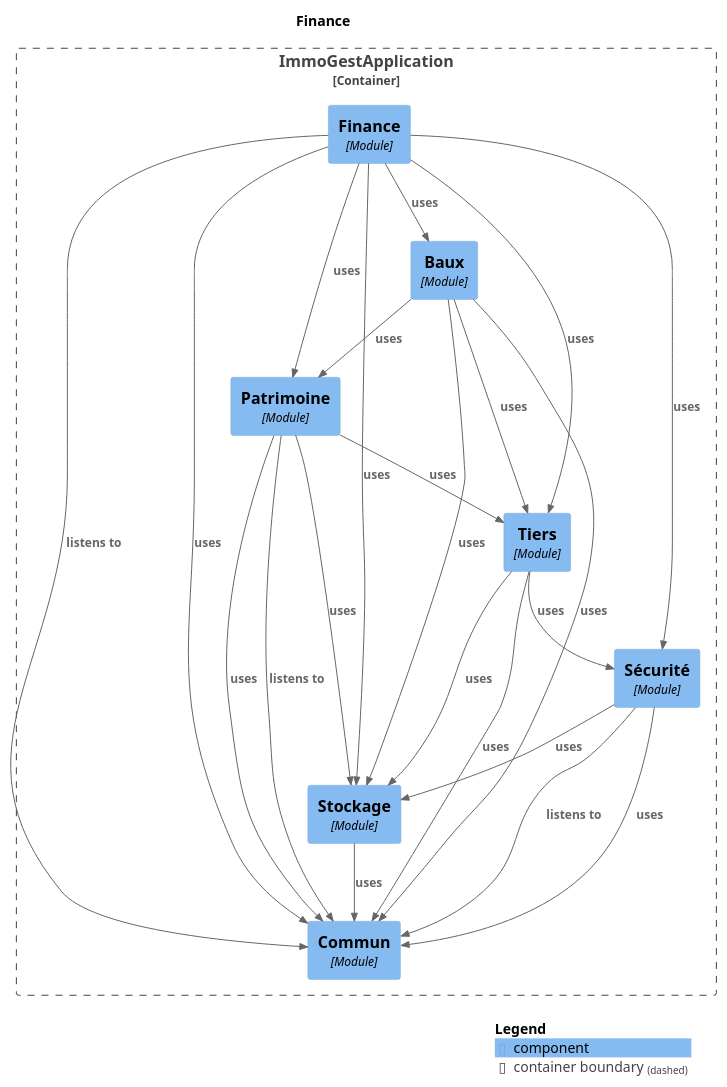
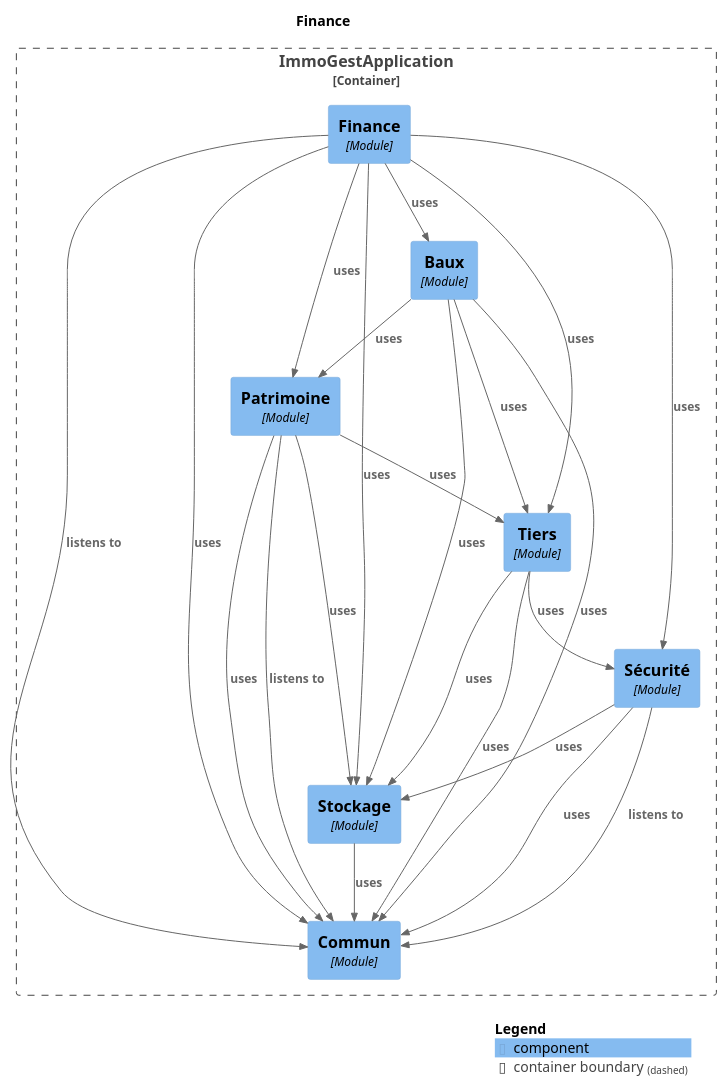
Before and after one commit to fixedevelloper/csimmo: the diagram in docs/modules/module-finance.puml, drawn with PlantUML. The commit also changed other lines of this file and 34 other files, not shown here.

```diff
--- a/docs/modules/module-finance.puml
+++ b/docs/modules/module-finance.puml
@@ -1,45 +1,45 @@
 @startuml
 set separator none
 title Finance
 
 top to bottom direction
 
 !include <C4/C4>
 !include <C4/C4_Context>
 !include <C4/C4_Component>
 
 Container_Boundary("ImmoGestApplication.ImmoGestApplication_boundary", "ImmoGestApplication", $tags="") {
   Component(ImmoGestApplication.ImmoGestApplication.Baux, "Baux", $techn="Module", $descr="", $tags="", $link="")
   Component(ImmoGestApplication.ImmoGestApplication.Finance, "Finance", $techn="Module", $descr="", $tags="", $link="")
   Component(ImmoGestApplication.ImmoGestApplication.Commun, "Commun", $techn="Module", $descr="", $tags="", $link="")
   Component(ImmoGestApplication.ImmoGestApplication.Stockage, "Stockage", $techn="Module", $descr="", $tags="", $link="")
   Component(ImmoGestApplication.ImmoGestApplication.Sécurité, "Sécurité", $techn="Module", $descr="", $tags="", $link="")
   Component(ImmoGestApplication.ImmoGestApplication.Tiers, "Tiers", $techn="Module", $descr="", $tags="", $link="")
   Component(ImmoGestApplication.ImmoGestApplication.Patrimoine, "Patrimoine", $techn="Module", $descr="", $tags="", $link="")
 }
 
-Rel(ImmoGestApplication.ImmoGestApplication.Sécurité, ImmoGestApplication.ImmoGestApplication.Commun, "uses", $techn="", $tags="", $link="")
-Rel(ImmoGestApplication.ImmoGestApplication.Sécurité, ImmoGestApplication.ImmoGestApplication.Stockage, "uses", $techn="", $tags="", $link="")
-Rel(ImmoGestApplication.ImmoGestApplication.Baux, ImmoGestApplication.ImmoGestApplication.Patrimoine, "uses", $techn="", $tags="", $link="")
-Rel(ImmoGestApplication.ImmoGestApplication.Baux, ImmoGestApplication.ImmoGestApplication.Tiers, "uses", $techn="", $tags="", $link="")
-Rel(ImmoGestApplication.ImmoGestApplication.Baux, ImmoGestApplication.ImmoGestApplication.Stockage, "uses", $techn="", $tags="", $link="")
-Rel(ImmoGestApplication.ImmoGestApplication.Baux, ImmoGestApplication.ImmoGestApplication.Commun, "uses", $techn="", $tags="", $link="")
 Rel(ImmoGestApplication.ImmoGestApplication.Stockage, ImmoGestApplication.ImmoGestApplication.Commun, "uses", $techn="", $tags="", $link="")
-Rel(ImmoGestApplication.ImmoGestApplication.Tiers, ImmoGestApplication.ImmoGestApplication.Stockage, "uses", $techn="", $tags="", $link="")
-Rel(ImmoGestApplication.ImmoGestApplication.Tiers, ImmoGestApplication.ImmoGestApplication.Commun, "uses", $techn="", $tags="", $link="")
-Rel(ImmoGestApplication.ImmoGestApplication.Tiers, ImmoGestApplication.ImmoGestApplication.Sécurité, "uses", $techn="", $tags="", $link="")
-Rel(ImmoGestApplication.ImmoGestApplication.Patrimoine, ImmoGestApplication.ImmoGestApplication.Commun, "listens to", $techn="", $tags="", $link="")
-Rel(ImmoGestApplication.ImmoGestApplication.Patrimoine, ImmoGestApplication.ImmoGestApplication.Stockage, "uses", $techn="", $tags="", $link="")
-Rel(ImmoGestApplication.ImmoGestApplication.Patrimoine, ImmoGestApplication.ImmoGestApplication.Commun, "uses", $techn="", $tags="", $link="")
-Rel(ImmoGestApplication.ImmoGestApplication.Patrimoine, ImmoGestApplication.ImmoGestApplication.Tiers, "uses", $techn="", $tags="", $link="")
 Rel(ImmoGestApplication.ImmoGestApplication.Finance, ImmoGestApplication.ImmoGestApplication.Commun, "listens to", $techn="", $tags="", $link="")
 Rel(ImmoGestApplication.ImmoGestApplication.Finance, ImmoGestApplication.ImmoGestApplication.Patrimoine, "uses", $techn="", $tags="", $link="")
 Rel(ImmoGestApplication.ImmoGestApplication.Finance, ImmoGestApplication.ImmoGestApplication.Commun, "uses", $techn="", $tags="", $link="")
 Rel(ImmoGestApplication.ImmoGestApplication.Finance, ImmoGestApplication.ImmoGestApplication.Baux, "uses", $techn="", $tags="", $link="")
 Rel(ImmoGestApplication.ImmoGestApplication.Finance, ImmoGestApplication.ImmoGestApplication.Tiers, "uses", $techn="", $tags="", $link="")
 Rel(ImmoGestApplication.ImmoGestApplication.Finance, ImmoGestApplication.ImmoGestApplication.Stockage, "uses", $techn="", $tags="", $link="")
 Rel(ImmoGestApplication.ImmoGestApplication.Finance, ImmoGestApplication.ImmoGestApplication.Sécurité, "uses", $techn="", $tags="", $link="")
+Rel(ImmoGestApplication.ImmoGestApplication.Tiers, ImmoGestApplication.ImmoGestApplication.Stockage, "uses", $techn="", $tags="", $link="")
+Rel(ImmoGestApplication.ImmoGestApplication.Tiers, ImmoGestApplication.ImmoGestApplication.Commun, "uses", $techn="", $tags="", $link="")
+Rel(ImmoGestApplication.ImmoGestApplication.Tiers, ImmoGestApplication.ImmoGestApplication.Sécurité, "uses", $techn="", $tags="", $link="")
 Rel(ImmoGestApplication.ImmoGestApplication.Sécurité, ImmoGestApplication.ImmoGestApplication.Commun, "listens to", $techn="", $tags="", $link="")
+Rel(ImmoGestApplication.ImmoGestApplication.Sécurité, ImmoGestApplication.ImmoGestApplication.Commun, "uses", $techn="", $tags="", $link="")
+Rel(ImmoGestApplication.ImmoGestApplication.Sécurité, ImmoGestApplication.ImmoGestApplication.Stockage, "uses", $techn="", $tags="", $link="")
+Rel(ImmoGestApplication.ImmoGestApplication.Patrimoine, ImmoGestApplication.ImmoGestApplication.Commun, "listens to", $techn="", $tags="", $link="")
+Rel(ImmoGestApplication.ImmoGestApplication.Patrimoine, ImmoGestApplication.ImmoGestApplication.Stockage, "uses", $techn="", $tags="", $link="")
+Rel(ImmoGestApplication.ImmoGestApplication.Patrimoine, ImmoGestApplication.ImmoGestApplication.Commun, "uses", $techn="", $tags="", $link="")
+Rel(ImmoGestApplication.ImmoGestApplication.Patrimoine, ImmoGestApplication.ImmoGestApplication.Tiers, "uses", $techn="", $tags="", $link="")
+Rel(ImmoGestApplication.ImmoGestApplication.Baux, ImmoGestApplication.ImmoGestApplication.Patrimoine, "uses", $techn="", $tags="", $link="")
+Rel(ImmoGestApplication.ImmoGestApplication.Baux, ImmoGestApplication.ImmoGestApplication.Tiers, "uses", $techn="", $tags="", $link="")
+Rel(ImmoGestApplication.ImmoGestApplication.Baux, ImmoGestApplication.ImmoGestApplication.Stockage, "uses", $techn="", $tags="", $link="")
+Rel(ImmoGestApplication.ImmoGestApplication.Baux, ImmoGestApplication.ImmoGestApplication.Commun, "uses", $techn="", $tags="", $link="")
 
 SHOW_LEGEND(true)
 @enduml
```
